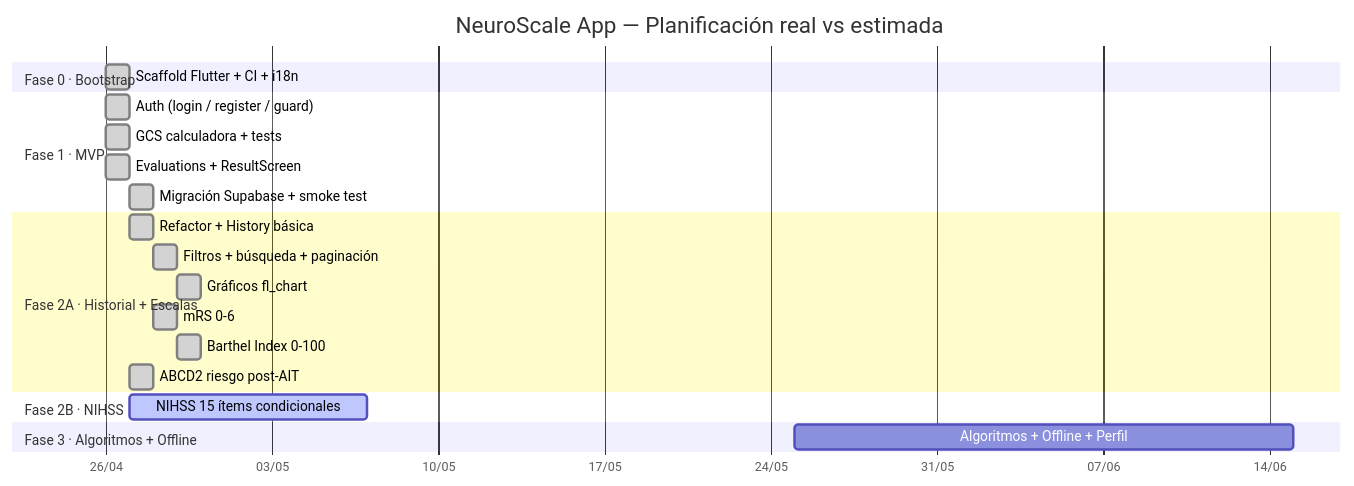
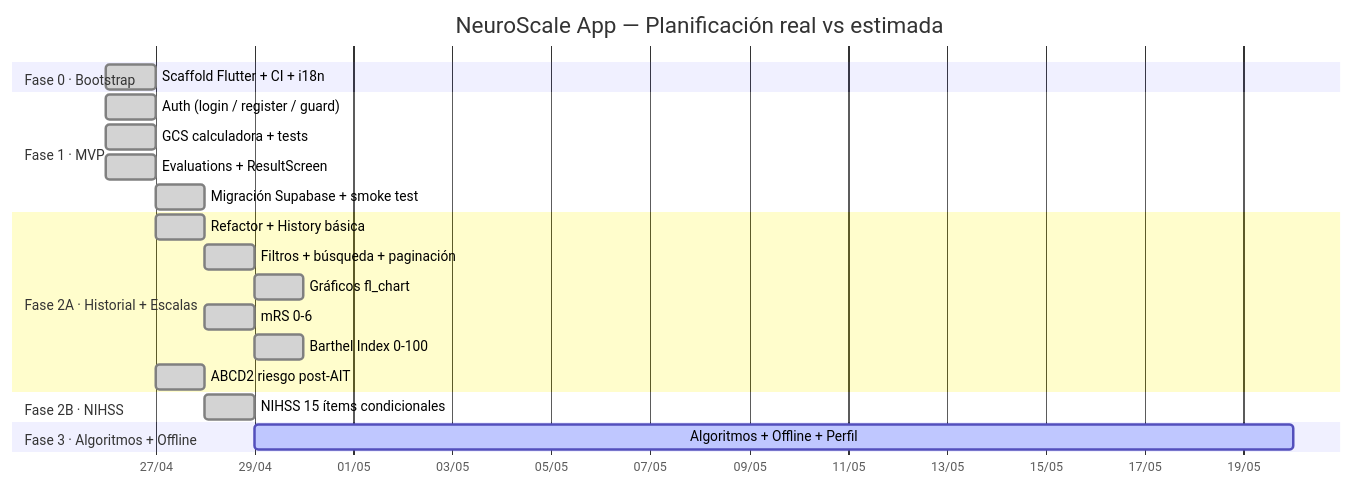
One commit to grisllo/NeuroScaleApp changed the diagram in README.md. Above: the diagram before and after it, drawn with Mermaid. The commit also changed 2 other files, not shown here.

Commit message:
chore(phase): cierre Fase 2B — NIHSS completa — docs y metricas
- flutter analyze 0 issues, flutter test 108 tests pasando
- ROADMAP: Fase 2B marcada Completada (2026-04-28); Fase activa → Fase 3
  Decision de diseno revisada: no hay motor de reglas inter-item en NIHSS,
  solo sentinel UN=9 por item donde aplica (protocolo NIH/AHA oficial)
- METODOLOGIA 3.2: filas 2B.1 (70d2a59, 3h) y 2B.2 (f94c775, 2h)
  Total acumulado Fases 0-2B: 28h reales vs 40h estimadas (-30%)
- METODOLOGIA 3.3: desviacion Fase 2B -1h (-16.7%);
  total acumulado -12h (-30%)
- METODOLOGIA 4: issue #12 añadido a trazabilidad
- README Gantt: Fase 2B :done; Fase 3 :active desde 2026-04-29
- Issue #12 cerrado

Closes #12

````diff
--- a/README.md
+++ b/README.md
@@ -13,29 +13,29 @@
 ```mermaid
 gantt
     title NeuroScale App — Planificación real vs estimada
     dateFormat  YYYY-MM-DD
     axisFormat  %d/%m
 
     section Fase 0 · Bootstrap
     Scaffold Flutter + CI + i18n       :done, f0,  2026-04-26, 1d
 
     section Fase 1 · MVP
     Auth (login / register / guard)    :done, f1a, 2026-04-26, 1d
     GCS calculadora + tests            :done, f1b, 2026-04-26, 1d
     Evaluations + ResultScreen         :done, f1c, 2026-04-26, 1d
     Migración Supabase + smoke test    :done, f1d, 2026-04-27, 1d
 
     section Fase 2A · Historial + Escalas
     Refactor + History básica          :done, f2a1, 2026-04-27, 1d
     Filtros + búsqueda + paginación    :done, f2a2, after f2a1, 1d
     Gráficos fl_chart                  :done, f2a3, after f2a2, 1d
     mRS 0-6                            :done, f2a4, after f2a1, 1d
     Barthel Index 0-100                :done, f2a5, after f2a4, 1d
     ABCD2 riesgo post-AIT              :done, f2a6, 2026-04-27, 1d
 
     section Fase 2B · NIHSS
-    NIHSS 15 ítems condicionales       :active, f2b, 2026-04-27, 10d
+    NIHSS 15 ítems condicionales       :done, f2b, 2026-04-28, 1d
 
     section Fase 3 · Algoritmos + Offline
-    Algoritmos + Offline + Perfil      :f3,   2026-05-25, 21d
+    Algoritmos + Offline + Perfil      :active, f3, 2026-04-29, 21d
 ```
````
